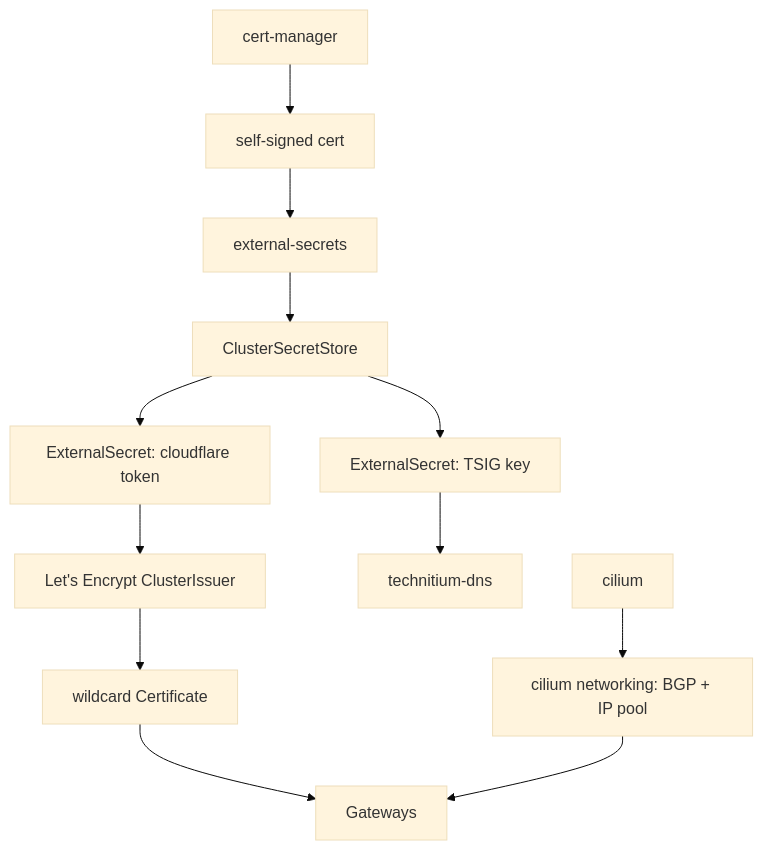
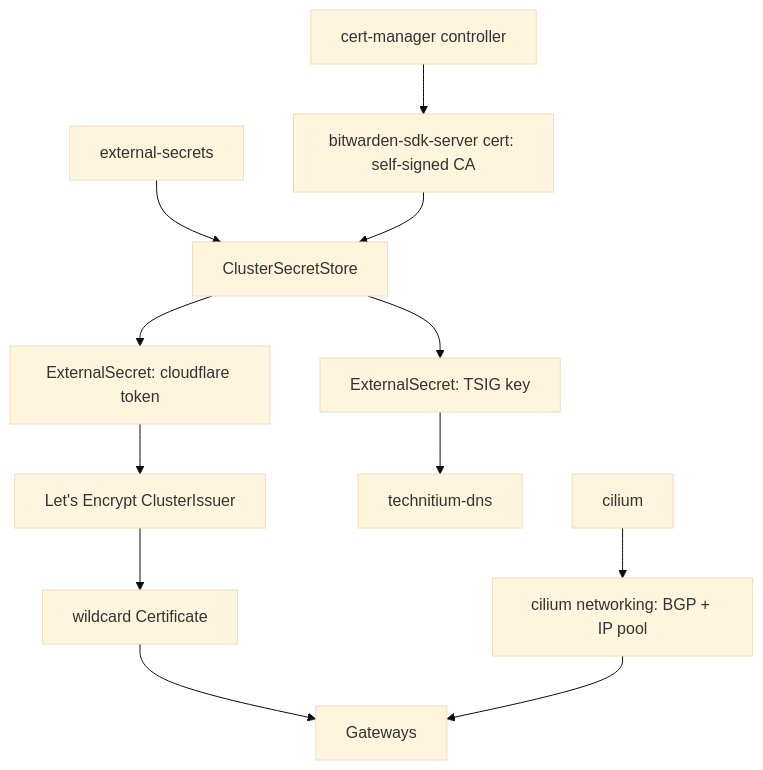
The second of 2 diagrams in docs/design.md (d1ll3x/home-ops), drawn with Mermaid (base theme) before and after one commit. The commit also changed other lines of this file and 14 other files, not shown here.

Commit message:
feat(cert-manager): issue bitwarden-sdk-server tls from namespaced self-signed ca

````diff
--- a/docs/design.md
+++ b/docs/design.md
@@ -169,14 +170,14 @@
 ```mermaid
 graph TD
-  CM[cert-manager] --> SS[self-signed cert]
-  SS --> ESO[external-secrets]
-  ESO --> CSS[ClusterSecretStore]
+  CM[cert-manager controller] --> SS[bitwarden-sdk-server cert: self-signed CA]
+  ESO[external-secrets] --> CSS[ClusterSecretStore]
+  SS --> CSS
   CSS --> CF[ExternalSecret: cloudflare token]
   CSS --> TSIG[ExternalSecret: TSIG key]
   CF --> LE[Let's Encrypt ClusterIssuer]
   LE --> WC[wildcard Certificate]
   WC --> GW[Gateways]
   TSIG --> TD[technitium-dns]
   CIL[cilium] --> CC[cilium networking: BGP + IP pool]
   CC --> GW
 ```
````
